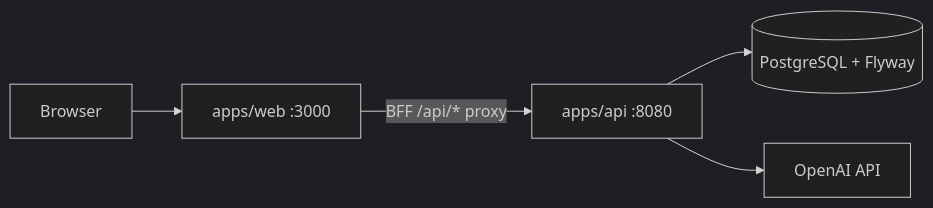
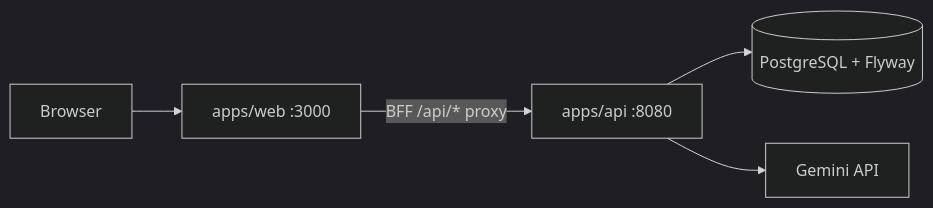
Before and after one commit to ketan-jainn/design-deck: the diagram in docs/ARCHITECTURE.md, drawn with Mermaid (dark theme). The commit also changed 13 other files, not shown here.

First line of the commit message:
refactor: Update grading system from OpenAI to Gemini

````diff
--- a/docs/ARCHITECTURE.md
+++ b/docs/ARCHITECTURE.md
@@ -7,7 +7,7 @@
 ```mermaid
 flowchart LR
   Browser --> Web["apps/web :3000"]
   Web -->|"BFF /api/* proxy"| API["apps/api :8080"]
   API --> DB[(PostgreSQL + Flyway)]
-  API --> OpenAI[OpenAI API]
+  API --> Gemini[Gemini API]
 ```
````
